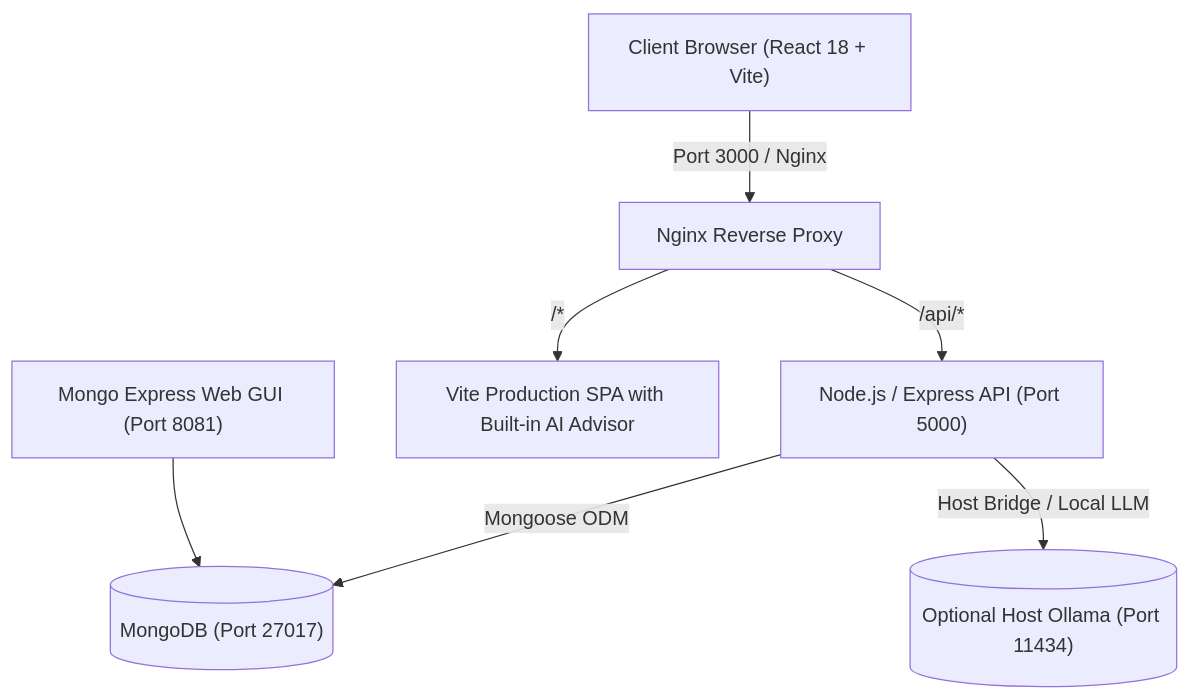
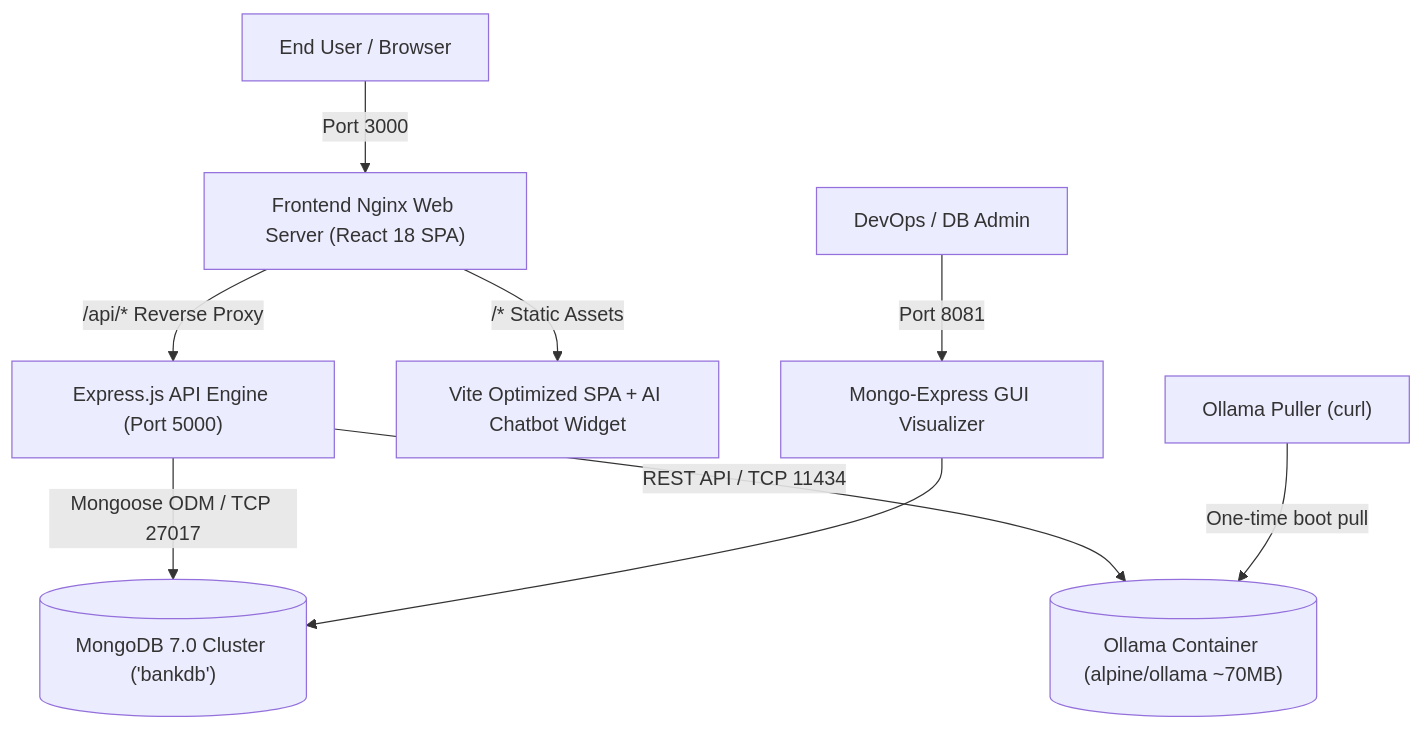
The diagram in README.md (buildwithsumeet/ai-bank-app), drawn with Mermaid before and after one commit. The commit also changed other lines of this file and 1 other file, not shown here.

Commit message:
docs: add full .env specification, application architecture, and comprehensive DevOps/SRE guide

````diff
--- a/README.md
+++ b/README.md
@@ -44,9 +40,13 @@
 ```mermaid
 graph TD
-    Client["Client Browser (React 18 + Vite)"] -->|Port 3000 / Nginx| Nginx["Nginx Reverse Proxy"]
-    Nginx -->|/api/*| Backend["Node.js / Express API (Port 5000)"]
-    Nginx -->|/*| Static["Vite Production SPA with Built-in AI Advisor"]
-    Backend -->|Mongoose ODM| Mongo[("MongoDB (Port 27017)")]
-    Backend -->|Host Bridge / Local LLM| HostOllama[("Optional Host Ollama (Port 11434)")]
-    MongoExpress["Mongo Express Web GUI (Port 8081)"] --> Mongo
+    User["End User / Browser"] -->|Port 3000| Nginx["Frontend Nginx Web Server (React 18 SPA)"]
+    Nginx -->|/api/* Reverse Proxy| Backend["Express.js API Engine (Port 5000)"]
+    Nginx -->|/* Static Assets| ClientApp["Vite Optimized SPA + AI Chatbot Widget"]
+    
+    Backend -->|Mongoose ODM / TCP 27017| Mongo[("MongoDB 7.0 Cluster ('bankdb')")]
+    Backend -->|REST API / TCP 11434| Ollama[("Ollama Container (alpine/ollama ~70MB)")]
+    OllamaPuller["Ollama Puller (curl)"] -->|One-time boot pull| Ollama
+    
+    AdminUser["DevOps / DB Admin"] -->|Port 8081| MongoExpress["Mongo-Express GUI Visualizer"]
+    MongoExpress --> Mongo
 ```
````
